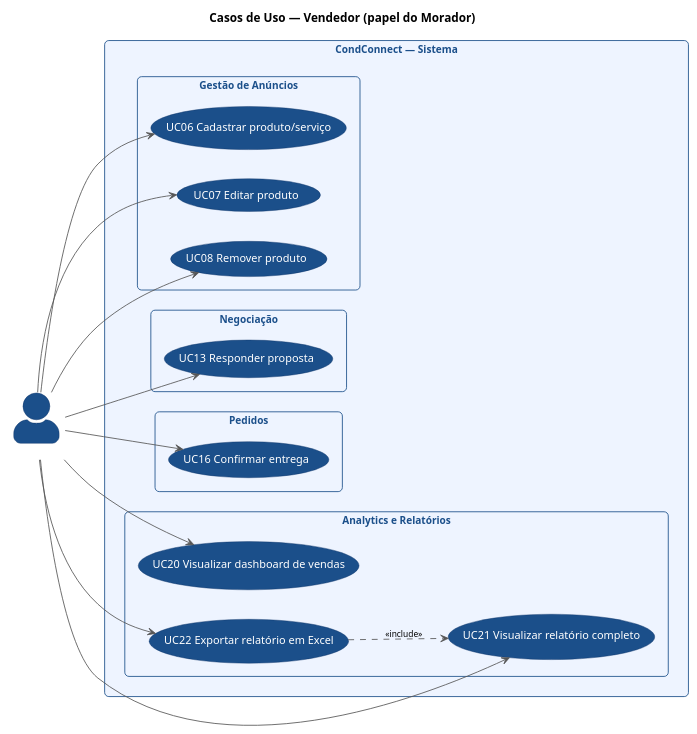
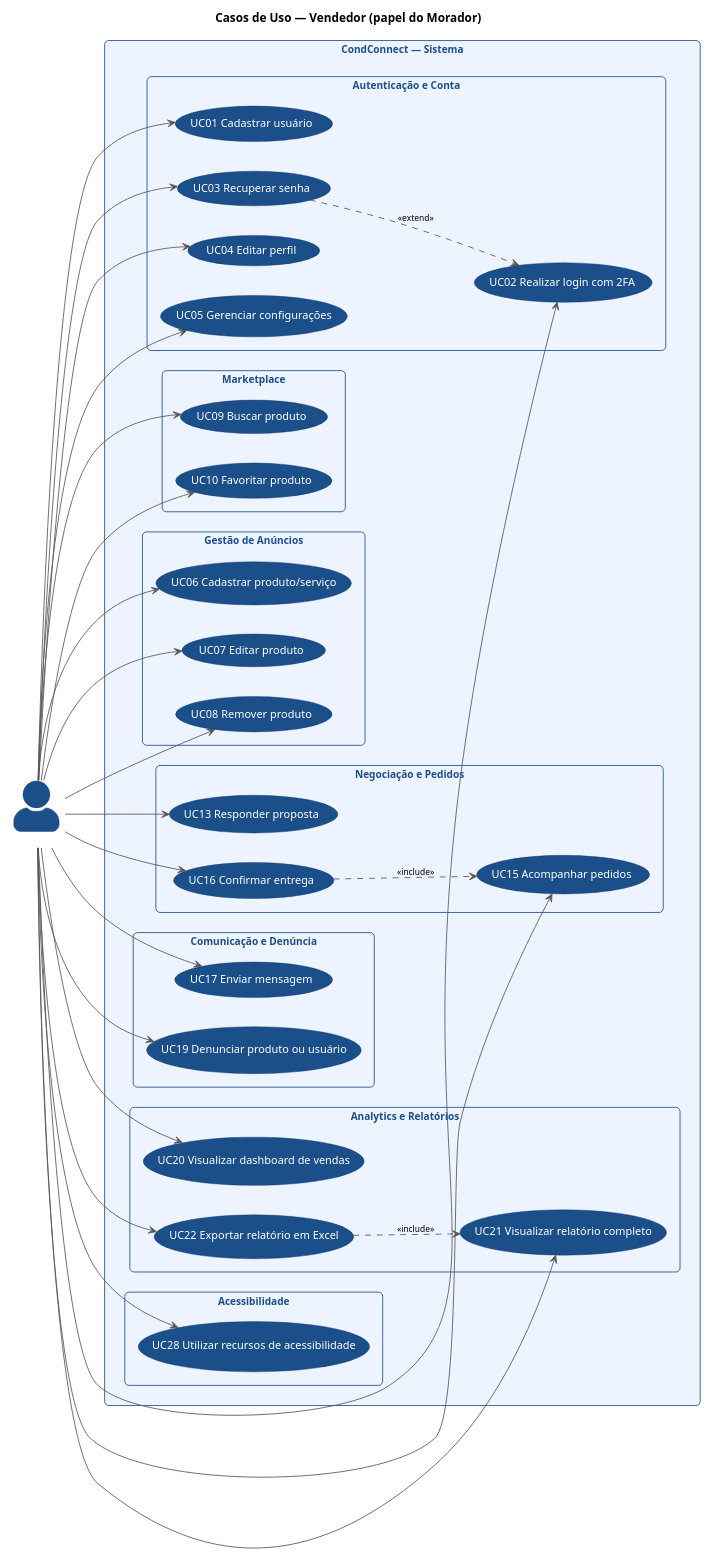
The diagram in docs/uc_vendedor.puml (TCC-CAS/tcc-2025-1-e-2-condconnect), drawn with PlantUML before and after one commit. The commit also changed 1 other file, not shown here.

```diff
--- a/docs/uc_vendedor.puml
+++ b/docs/uc_vendedor.puml
@@ -1,71 +1,104 @@
 @startuml UC_Vendedor
 
 left to right direction
 skinparam actorStyle awesome
 skinparam backgroundColor #FFFFFF
 skinparam defaultFontName Arial
 
 skinparam usecase {
     BackgroundColor #1B4F8A
     FontColor white
     BorderColor #0D3369
     FontSize 13
     Padding 12
 }
 skinparam actor {
     BackgroundColor #1B4F8A
     FontColor white
     BorderColor #0D3369
     FontSize 14
     FontStyle bold
 }
 skinparam rectangle {
     BackgroundColor #EEF4FF
     BorderColor #1B4F8A
     FontColor #1B4F8A
     FontSize 12
     FontStyle bold
     RoundCorner 10
 }
 skinparam ArrowColor #555555
 skinparam ArrowFontSize 10
 
 title Casos de Uso — Vendedor (papel do Morador)
 
 actor "Vendedor" as V
 
 rectangle "CondConnect — Sistema" {
 
+    rectangle "Autenticação e Conta" {
+        (UC01 Cadastrar usuário) as UC01
+        (UC02 Realizar login com 2FA) as UC02
+        (UC03 Recuperar senha) as UC03
+        (UC04 Editar perfil) as UC04
+        (UC05 Gerenciar configurações) as UC05
+    }
+
+    rectangle "Marketplace" {
+        (UC09 Buscar produto) as UC09
+        (UC10 Favoritar produto) as UC10
+    }
+
     rectangle "Gestão de Anúncios" {
         (UC06 Cadastrar produto/serviço) as UC06
         (UC07 Editar produto) as UC07
         (UC08 Remover produto) as UC08
     }
 
-    rectangle "Negociação" {
+    rectangle "Negociação e Pedidos" {
         (UC13 Responder proposta) as UC13
+        (UC15 Acompanhar pedidos) as UC15
+        (UC16 Confirmar entrega) as UC16
     }
 
-    rectangle "Pedidos" {
-        (UC16 Confirmar entrega) as UC16
+    rectangle "Comunicação e Denúncia" {
+        (UC17 Enviar mensagem) as UC17
+        (UC19 Denunciar produto ou usuário) as UC19
     }
 
     rectangle "Analytics e Relatórios" {
         (UC20 Visualizar dashboard de vendas) as UC20
         (UC21 Visualizar relatório completo) as UC21
         (UC22 Exportar relatório em Excel) as UC22
     }
+
+    rectangle "Acessibilidade" {
+        (UC28 Utilizar recursos de acessibilidade) as UC28
+    }
 }
 
+V --> UC01
+V --> UC02
+V --> UC03
+V --> UC04
+V --> UC05
 V --> UC06
 V --> UC07
 V --> UC08
+V --> UC09
+V --> UC10
 V --> UC13
+V --> UC15
 V --> UC16
+V --> UC17
+V --> UC19
 V --> UC20
 V --> UC21
 V --> UC22
+V --> UC28
 
+UC03 ..> UC02 : <<extend>>
+UC16 ..> UC15 : <<include>>
 UC22 ..> UC21 : <<include>>
 
 @enduml
```
